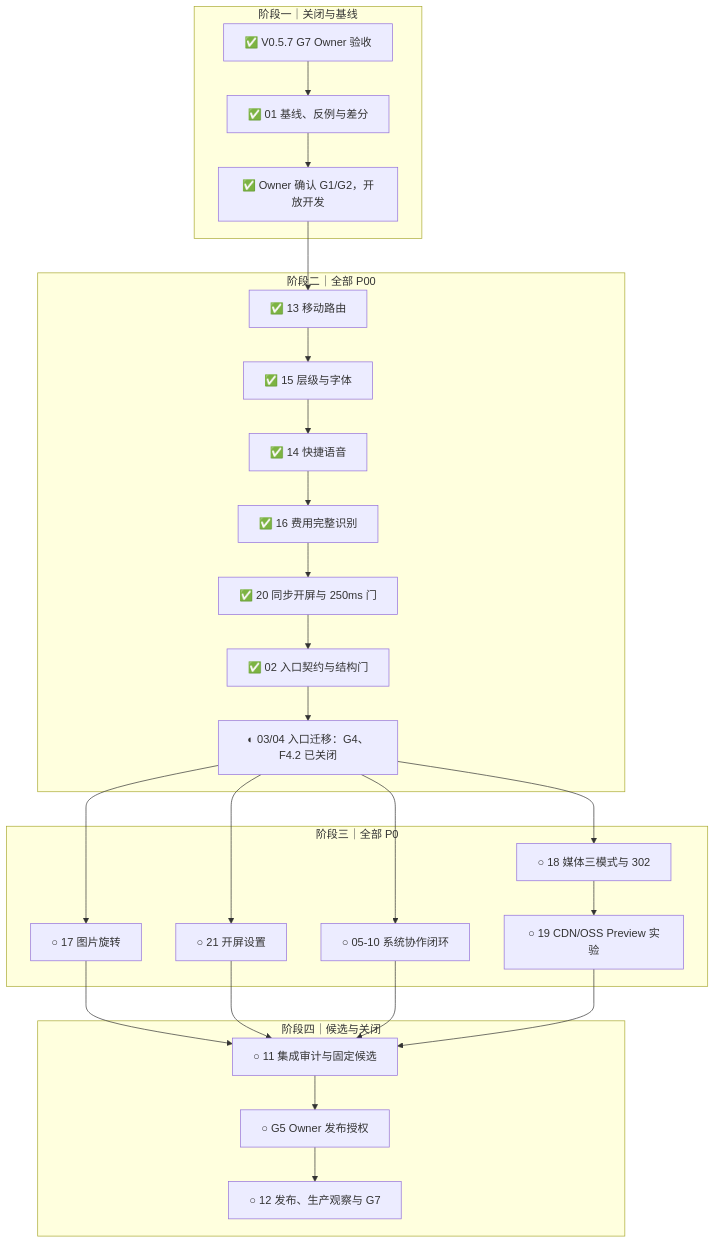
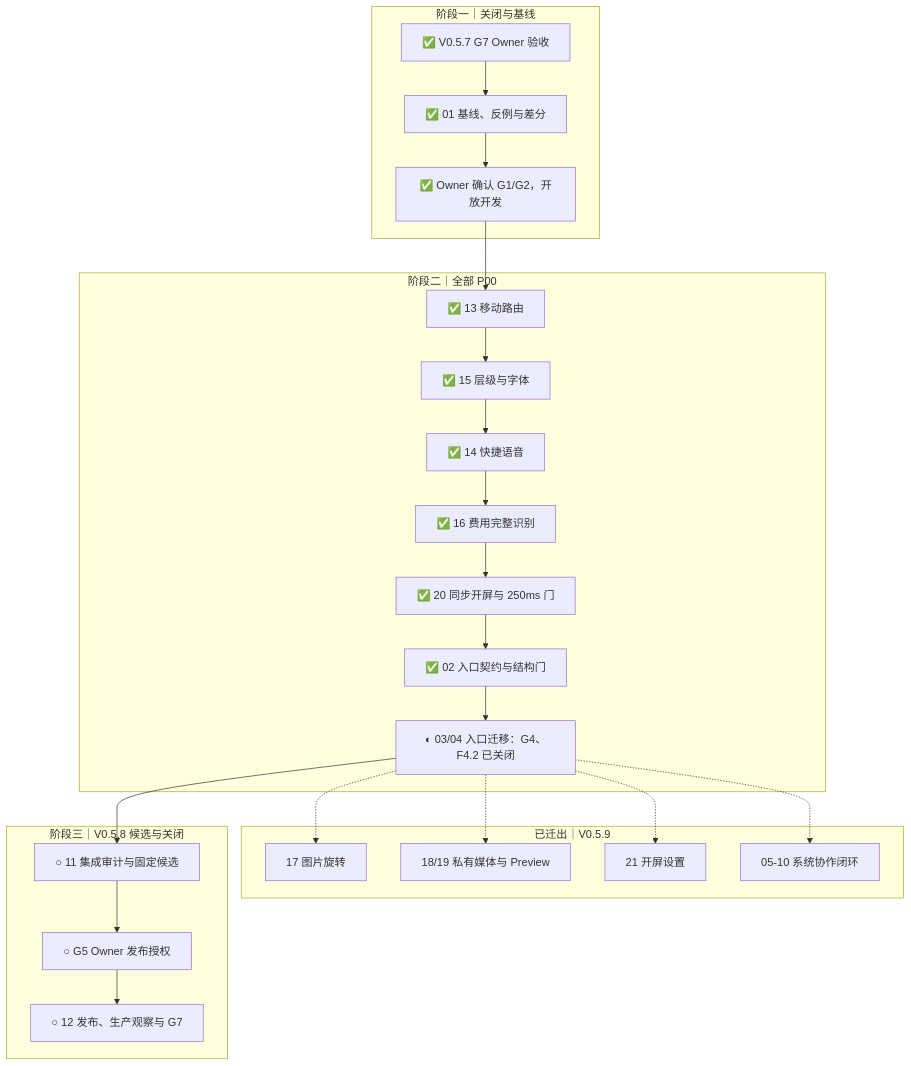
One commit to 77Liu/for-now changed the diagram in reports/iteration-plan-v0.5.8-2026-10-05.md. Above: the diagram before and after it, drawn with Mermaid. The commit also changed other lines of this file and 5 other files, not shown here.

````diff
--- a/reports/iteration-plan-v0.5.8-2026-10-05.md
+++ b/reports/iteration-plan-v0.5.8-2026-10-05.md
@@ -216,31 +223,27 @@
 ```mermaid
 flowchart TD
   subgraph GATE["阶段一｜关闭与基线"]
     A["✅ V0.5.7 G7 Owner 验收"] --> B["✅ 01 基线、反例与差分"]
     B --> C["✅ Owner 确认 G1/G2，开放开发"]
   end
   subgraph P00["阶段二｜全部 P00"]
     C --> D1["✅ 13 移动路由"]
     D1 --> D2["✅ 15 层级与字体"]
     D2 --> E["✅ 14 快捷语音"]
     E --> F["✅ 16 费用完整识别"]
     F --> G["✅ 20 同步开屏与 250ms 门"]
     G --> H["✅ 02 入口契约与结构门"]
     H --> I["◐ 03/04 入口迁移：G4、F4.2 已关闭"]
   end
-  subgraph P0["阶段三｜全部 P0"]
-    I --> J["○ 17 图片旋转"]
-    I --> K["○ 18 媒体三模式与 302"]
-    I --> L["○ 21 开屏设置"]
-    I --> M["○ 05-10 系统协作闭环"]
-    K --> N["○ 19 CDN/OSS Preview 实验"]
+  subgraph NEXT["已迁出｜V0.5.9"]
+    I -.-> J["17 图片旋转"]
+    I -.-> K["18/19 私有媒体与 Preview"]
+    I -.-> L["21 开屏设置"]
+    I -.-> M["05-10 系统协作闭环"]
   end
-  subgraph RELEASE["阶段四｜候选与关闭"]
-    J --> O["○ 11 集成审计与固定候选"]
-    L --> O
-    M --> O
-    N --> O
+  subgraph RELEASE["阶段三｜V0.5.8 候选与关闭"]
+    I --> O["○ 11 集成审计与固定候选"]
     O --> P["○ G5 Owner 发布授权"]
     P --> Q["○ 12 发布、生产观察与 G7"]
   end
 ```
````
